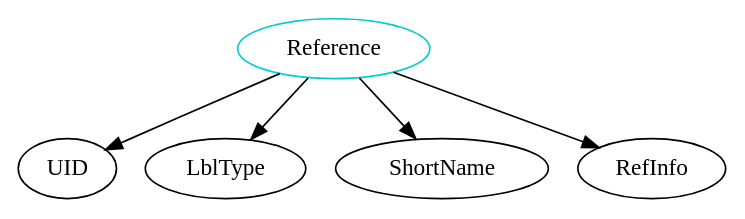
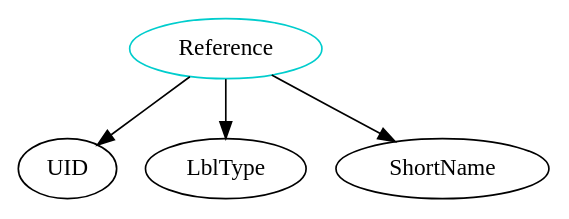
One commit to JacquesCarette/Drasil changed the diagram in analysis/TypeDependencyGraphs/lang/Reference.dot. Above: the diagram before and after it, drawn with Graphviz. The commit also changed 808 other files, not shown here.

```diff
--- a/analysis/TypeDependencyGraphs/lang/Reference.dot
+++ b/analysis/TypeDependencyGraphs/lang/Reference.dot
@@ -1,7 +1,6 @@
 digraph reference{
 Reference -> UID;
 Reference -> LblType;
 Reference -> ShortName;
-Reference -> RefInfo;
 Reference	[shape=oval, color=cyan3, label=Reference];
 }
```
